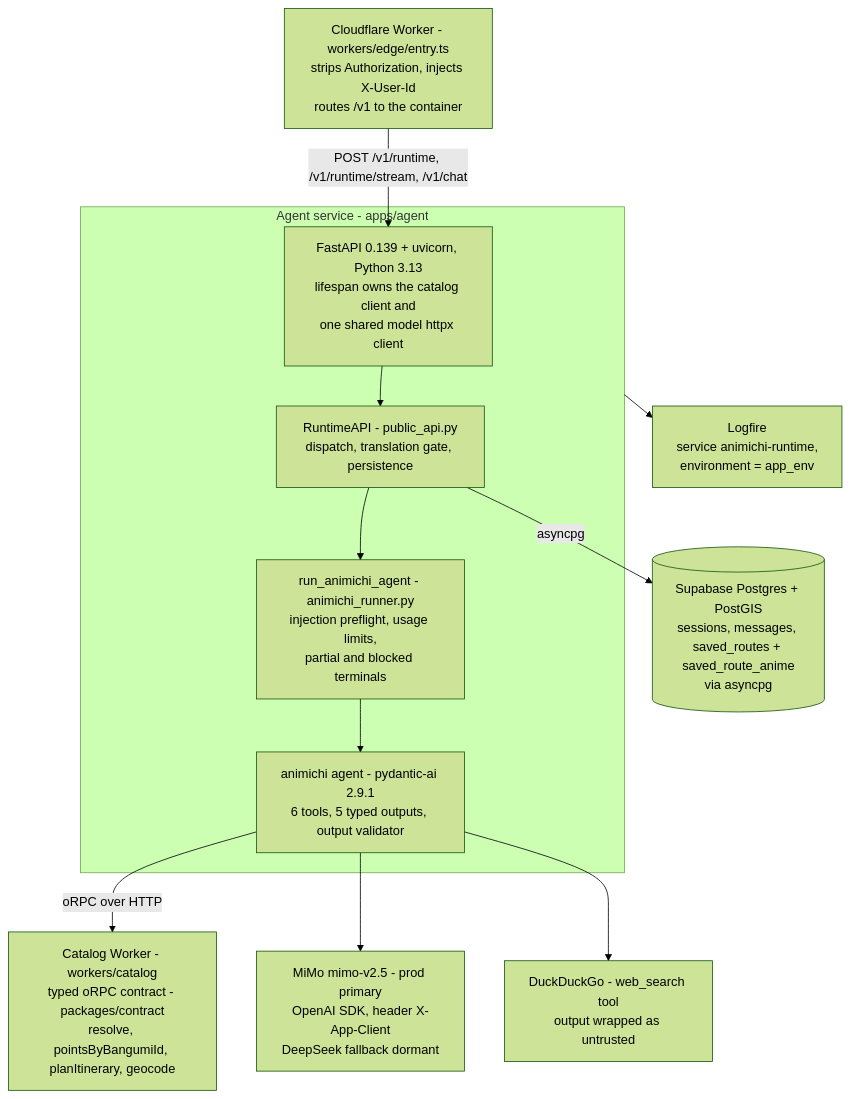
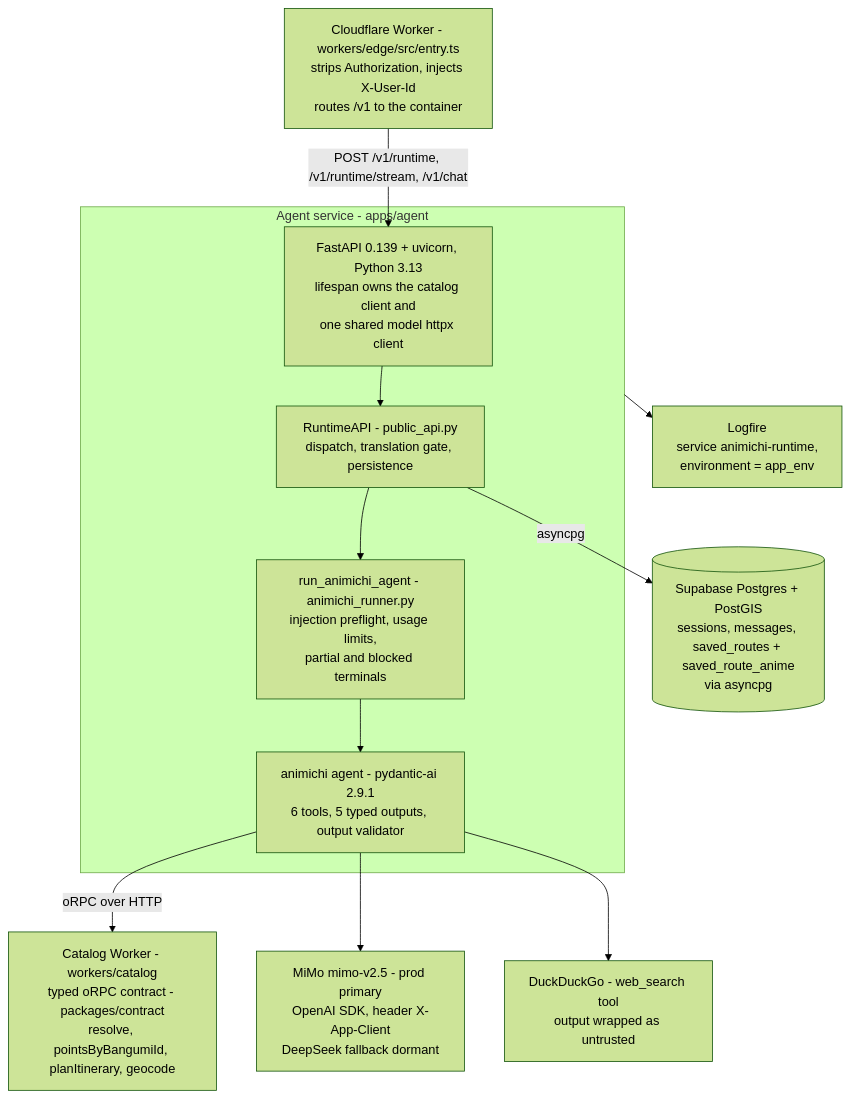
Before and after one commit to lifeodyssey/animichi: the first of 5 diagrams in docs/architecture-diagrams.md, drawn with Mermaid (forest theme). The commit also changed 649 other files, not shown here.

````diff
--- a/docs/architecture-diagrams.md
+++ b/docs/architecture-diagrams.md
@@ -20,25 +20,25 @@
 ```mermaid
 flowchart TD
-    EDGE["Cloudflare Worker - workers/edge/entry.ts<br/>strips Authorization, injects X-User-Id<br/>routes /v1 to the container"]
+    EDGE["Cloudflare Worker - workers/edge/src/entry.ts<br/>strips Authorization, injects X-User-Id<br/>routes /v1 to the container"]
 
     subgraph AGENT["Agent service - apps/agent"]
         API["FastAPI 0.139 + uvicorn, Python 3.13<br/>lifespan owns the catalog client and<br/>one shared model httpx client"]
         RUNTIME["RuntimeAPI - public_api.py<br/>dispatch, translation gate, persistence"]
         RUNNER["run_animichi_agent - animichi_runner.py<br/>injection preflight, usage limits,<br/>partial and blocked terminals"]
         PAI["animichi agent - pydantic-ai 2.9.1<br/>6 tools, 5 typed outputs, output validator"]
     end
 
     CAT["Catalog Worker - workers/catalog<br/>typed oRPC contract - packages/contract<br/>resolve, pointsByBangumiId, planItinerary, geocode"]
     PG[("Supabase Postgres + PostGIS<br/>sessions, messages, saved_routes + saved_route_anime<br/>via asyncpg")]
     LLM["MiMo mimo-v2.5 - prod primary<br/>OpenAI SDK, header X-App-Client<br/>DeepSeek fallback dormant"]
     DDG["DuckDuckGo - web_search tool<br/>output wrapped as untrusted"]
     OBS["Logfire<br/>service animichi-runtime,<br/>environment = app_env"]
 
     EDGE -->|"POST /v1/runtime, /v1/runtime/stream, /v1/chat"| API
     API --> RUNTIME --> RUNNER --> PAI
     PAI -->|"oRPC over HTTP"| CAT
     RUNTIME -->|asyncpg| PG
     PAI --> LLM
     PAI --> DDG
     AGENT --> OBS
 ```
````
